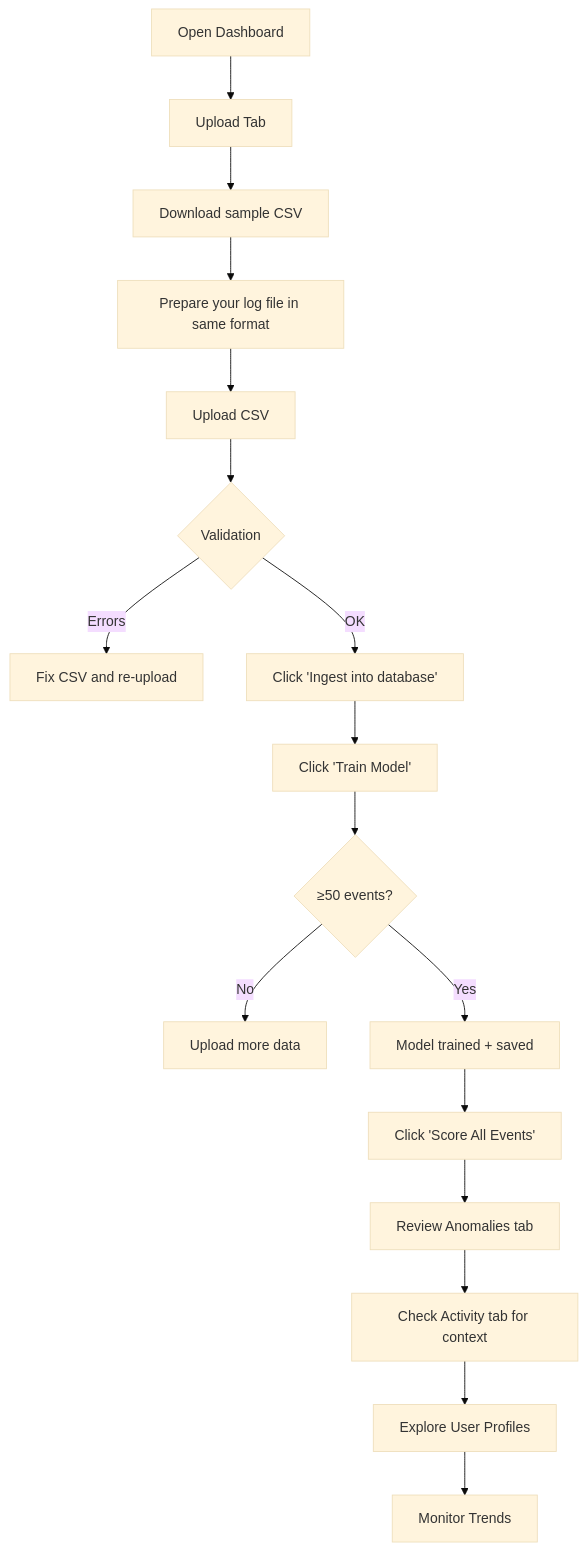
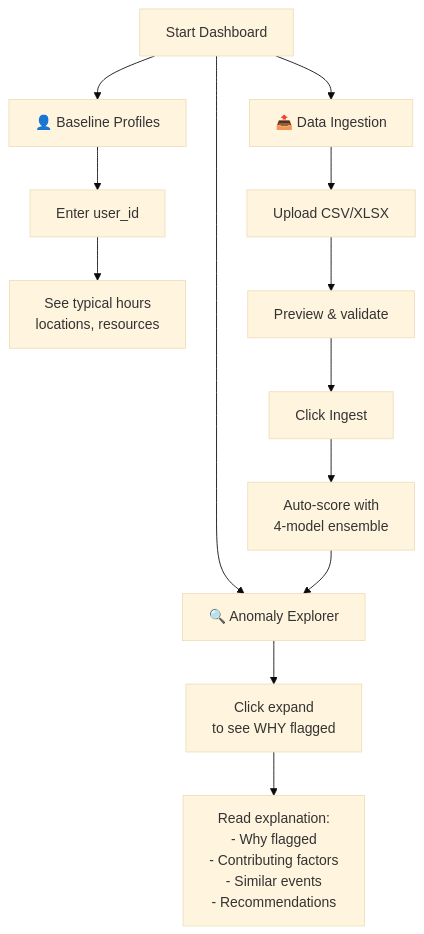
Before and after one commit to abhijitkar10/seminarr: the diagram in docs/workflow.md, drawn with Mermaid (base theme). The commit also changed other lines of this file and 29 other files, not shown here.

````diff
--- a/docs/workflow.md
+++ b/docs/workflow.md
@@ -5,19 +5,15 @@
 ```mermaid
 graph TD
-    A[Open Dashboard] --> B[Upload Tab]
-    B --> C[Download sample CSV]
-    C --> D[Prepare your log file in same format]
-    D --> E[Upload CSV]
-    E --> F{Validation}
-    F -->|Errors| G[Fix CSV and re-upload]
-    F -->|OK| H[Click 'Ingest into database']
-    H --> I[Click 'Train Model']
-    I --> J{≥50 events?}
-    J -->|No| K[Upload more data]
-    J -->|Yes| L[Model trained + saved]
-    L --> M[Click 'Score All Events']
-    M --> N[Review Anomalies tab]
-    N --> O[Check Activity tab for context]
-    O --> P[Explore User Profiles]
-    P --> Q[Monitor Trends]
+    A[Start Dashboard] --> B["🔍 Anomaly Explorer"]
+    B --> C["Click expand<br/>to see WHY flagged"]
+    C --> D["Read explanation:<br/>- Why flagged<br/>- Contributing factors<br/>- Similar events<br/>- Recommendations"]
+    A --> E["👤 Baseline Profiles"]
+    E --> F["Enter user_id"]
+    F --> G["See typical hours<br/>locations, resources"]
+    A --> H["📤 Data Ingestion"]
+    H --> I["Upload CSV/XLSX"]
+    I --> J["Preview & validate"]
+    J --> K["Click Ingest"]
+    K --> L["Auto-score with<br/>4-model ensemble"]
+    L --> B
 ```
````
